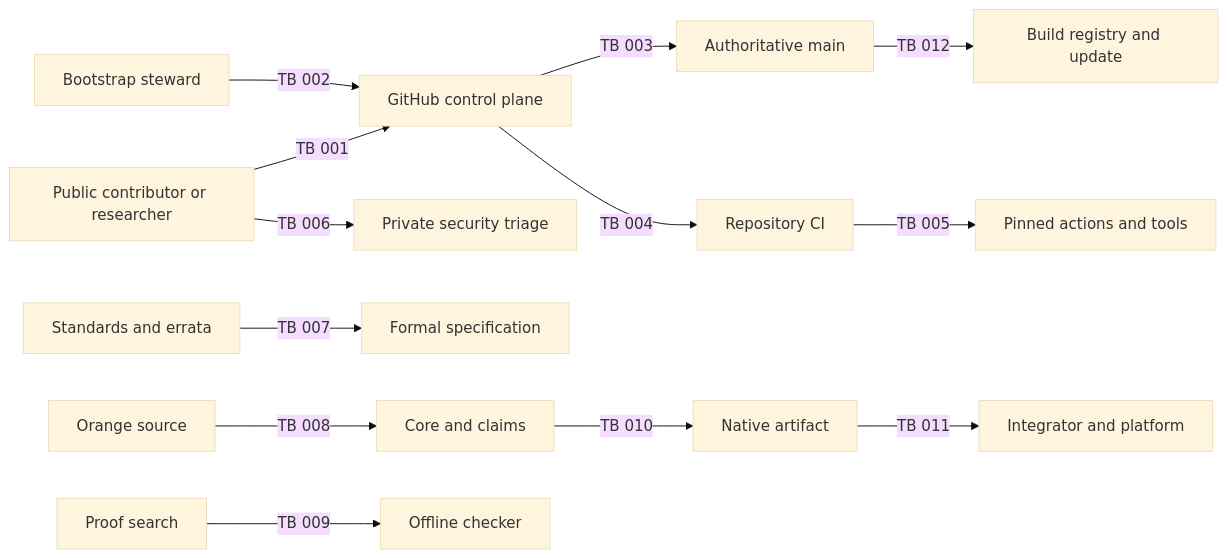
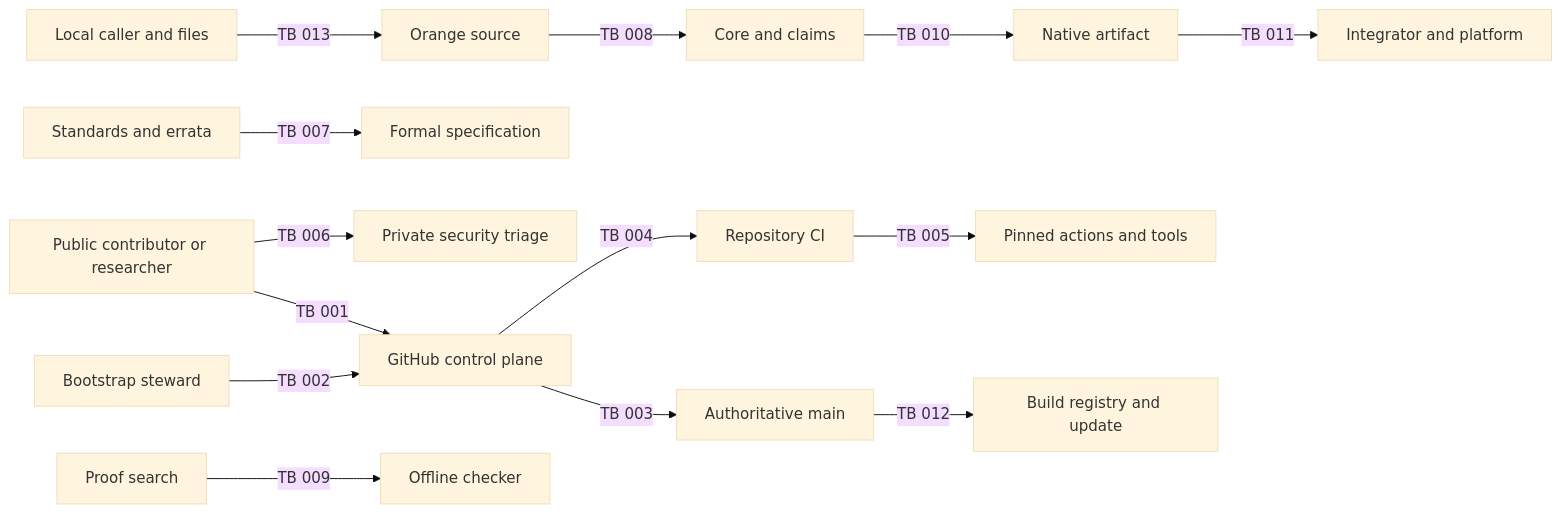
The diagram in docs/security/THREAT_MODEL.md (chasebryan/orange), drawn with Mermaid (base theme) before and after one commit. The commit also changed other lines of this file and 46 other files, not shown here.

````diff
--- a/docs/security/THREAT_MODEL.md
+++ b/docs/security/THREAT_MODEL.md
@@ -166,15 +175,16 @@
 ```mermaid
 flowchart LR
   Public["Public contributor or researcher"] -->|TB 001| GitHub["GitHub control plane"]
   Owner["Bootstrap steward"] -->|TB 002| GitHub
   GitHub -->|TB 003| Main["Authoritative main"]
   GitHub -->|TB 004| CI["Repository CI"]
   CI -->|TB 005| Tools["Pinned actions and tools"]
   Public -->|TB 006| Triage["Private security triage"]
   Standards["Standards and errata"] -->|TB 007| Spec["Formal specification"]
   Source["Orange source"] -->|TB 008| Core["Core and claims"]
   Search["Proof search"] -->|TB 009| Checker["Offline checker"]
   Core -->|TB 010| Native["Native artifact"]
   Native -->|TB 011| Platform["Integrator and platform"]
   Main -->|TB 012| Release["Build registry and update"]
+  Local["Local caller and files"] -->|TB 013| Source
 ```
````
